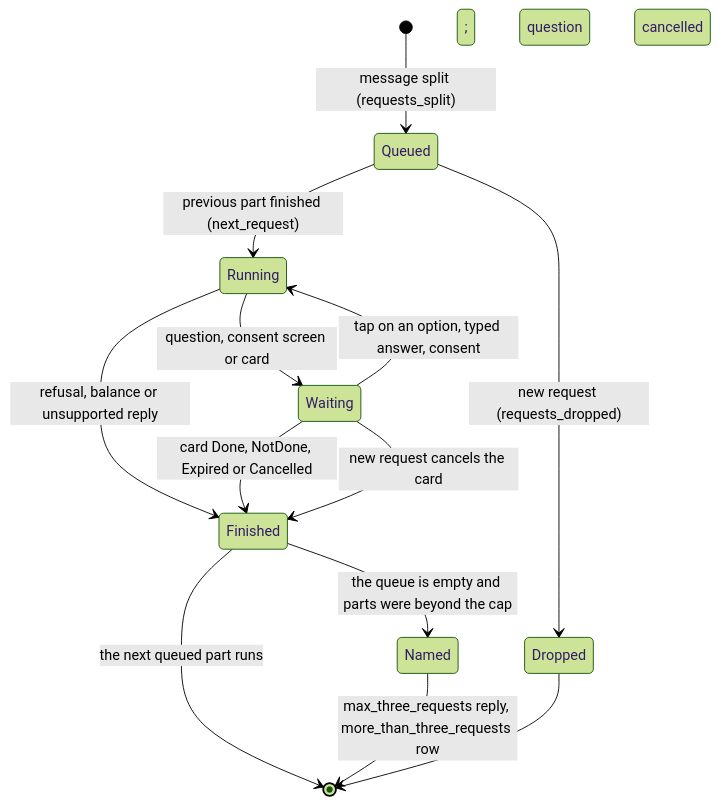
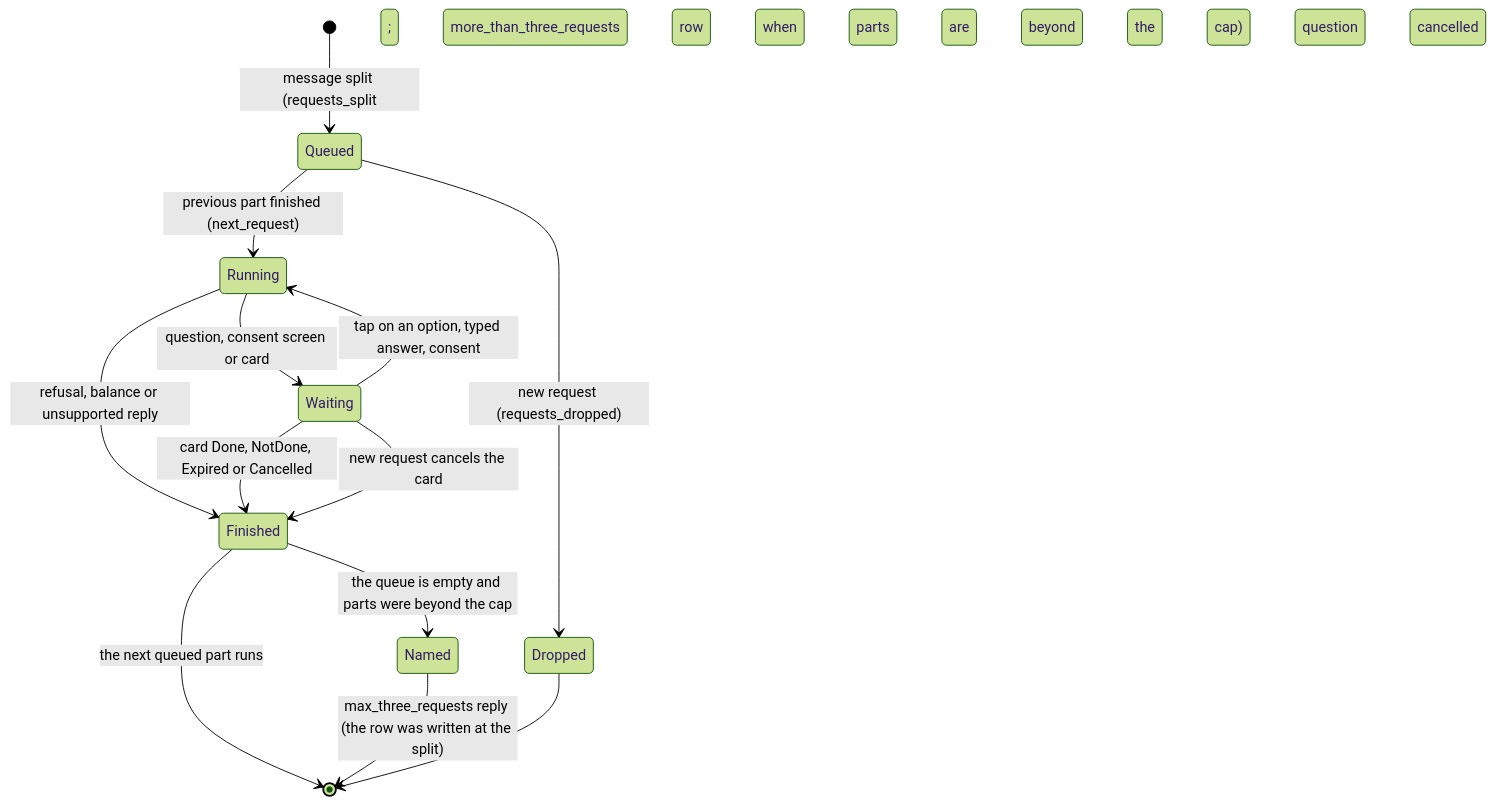
One commit to Khalil-Alhadidi/Naqoli changed diagram 14 of 22 in docs/agent-core.md. Above: the diagram before and after it, drawn with Mermaid (forest theme). The commit also changed other lines of this file and 5 other files, not shown here.

Commit message:
feat(core): review R5 of milestone 9c: the more_than_three_requests row is written at the split (QueuePartsAsync); the reply makes it the last entry again without a second write; a drop forgets the names but keeps the row

````diff
--- a/docs/agent-core.md
+++ b/docs/agent-core.md
@@ -641,15 +641,15 @@
 ```mermaid
 stateDiagram-v2
-    [*] --> Queued: message split (requests_split)
+    [*] --> Queued: message split (requests_split; more_than_three_requests row when parts are beyond the cap)
     Queued --> Running: previous part finished (next_request)
     Queued --> Dropped: new request (requests_dropped)
     Running --> Finished: refusal, balance or unsupported reply
     Running --> Waiting: question, consent screen or card
     Waiting --> Running: tap on an option, typed answer, consent
     Waiting --> Finished: card Done, NotDone, Expired or Cancelled; question cancelled
     Waiting --> Finished: new request cancels the card
     Finished --> [*]: the next queued part runs
     Finished --> Named: the queue is empty and parts were beyond the cap
-    Named --> [*]: max_three_requests reply, more_than_three_requests row
+    Named --> [*]: max_three_requests reply (the row was written at the split)
     Dropped --> [*]
 ```
````
